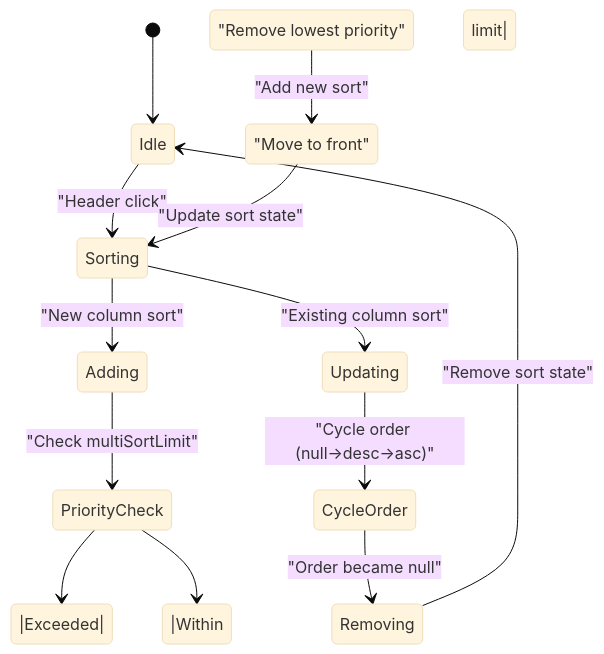
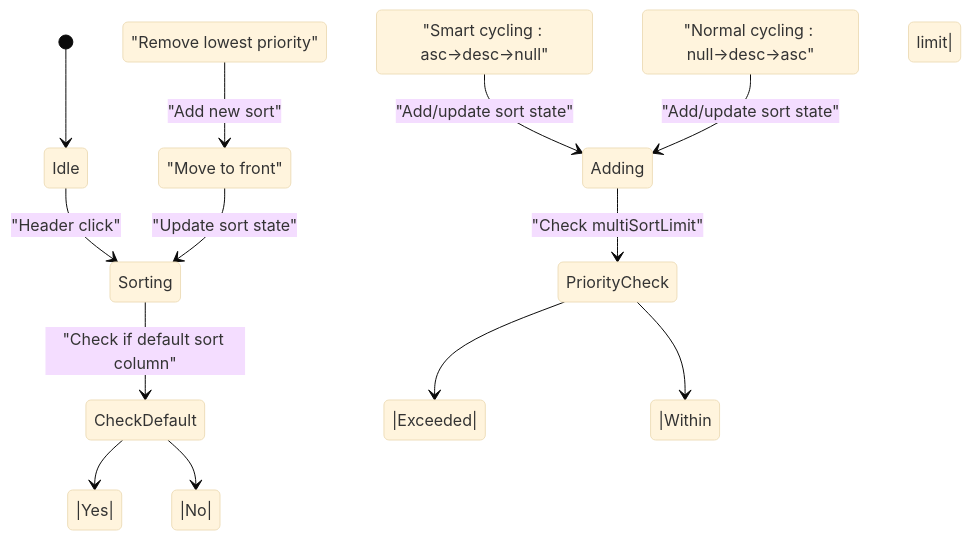
One commit to ja-plus/stk-table-vue changed the fourth of 11 diagrams in .qoder/repowiki/en/content/Advanced Features/Advanced Sorting/Advanced Sorting.md. Above: the diagram before and after it, drawn with Mermaid (base theme). The commit also changed other lines of this file and 3 other files, not shown here.

````diff
--- a/.qoder/repowiki/en/content/Advanced Features/Advanced Sorting/Advanced Sorting.md
+++ b/.qoder/repowiki/en/content/Advanced Features/Advanced Sorting/Advanced Sorting.md
@@ -205,15 +221,15 @@
 ```mermaid
 stateDiagram-v2
 [*] --> Idle
 Idle --> Sorting : "Header click"
-Sorting --> Adding : "New column sort"
-Sorting --> Updating : "Existing column sort"
+Sorting --> CheckDefault : "Check if default sort column"
+CheckDefault --> |Yes| DefaultCycle : "Smart cycling : asc→desc→null"
+CheckDefault --> |No| NormalCycle : "Normal cycling : null→desc→asc"
+DefaultCycle --> Adding : "Add/update sort state"
+NormalCycle --> Adding : "Add/update sort state"
 Adding --> PriorityCheck : "Check multiSortLimit"
 PriorityCheck --> |Exceeded| RemoveLeast : "Remove lowest priority"
 PriorityCheck --> |Within limit| MoveToFront : "Move to front"
-Updating --> CycleOrder : "Cycle order (null→desc→asc)"
-CycleOrder --> Removing : "Order became null"
-Removing --> Idle : "Remove sort state"
 MoveToFront --> Sorting : "Update sort state"
 RemoveLeast --> MoveToFront : "Add new sort"
 ```
````
